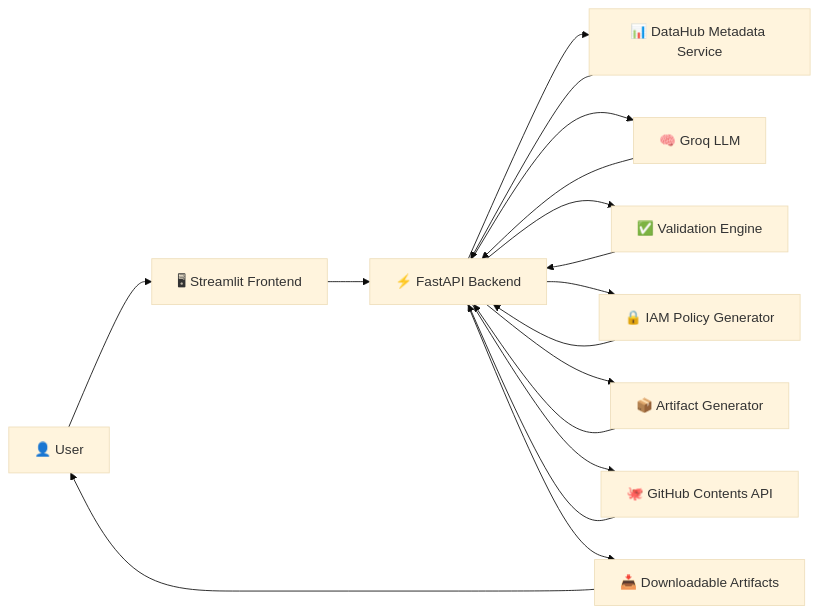
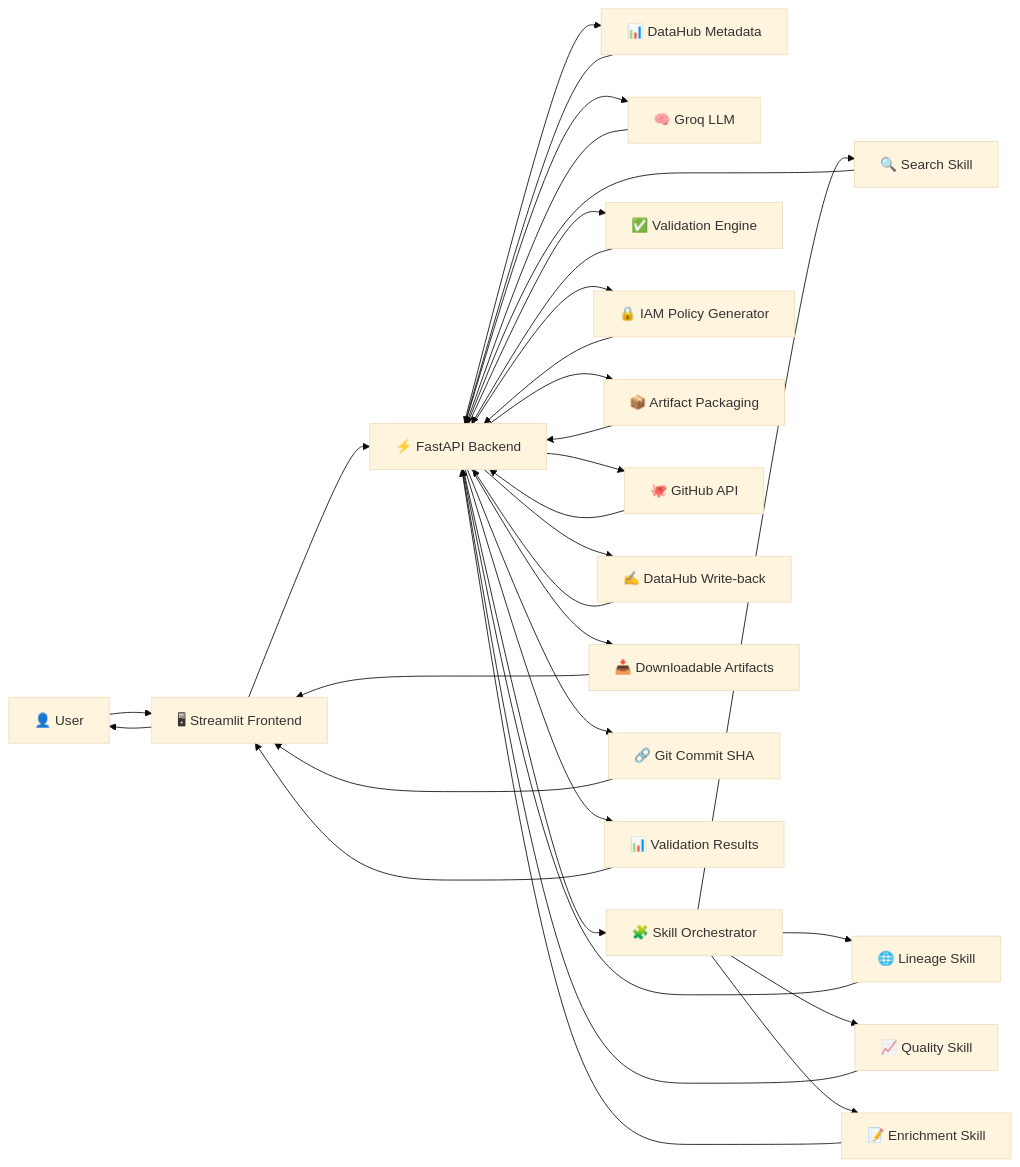
Before and after one commit to pmman-sudo/AI-Data-Pipeline-Generator: the first of 2 diagrams in README.md, drawn with Mermaid (base theme). The commit also changed other lines of this file and 2 other files, not shown here.

Commit message:
Enhance README with Skill Orchestrator architecture and workflow

````diff
--- a/README.md
+++ b/README.md
@@ -153,25 +180,43 @@
 ```mermaid
 flowchart LR
 
 A["👤 User"] --> B["🖥 Streamlit Frontend"]
 
 B --> C["⚡ FastAPI Backend"]
 
-C --> D["📊 DataHub Metadata Service"]
+C --> D["📊 DataHub Metadata"]
 C --> E["🧠 Groq LLM"]
-C --> F["✅ Validation Engine"]
-C --> G["🔒 IAM Policy Generator"]
-C --> H["📦 Artifact Generator"]
-C --> I["🐙 GitHub Contents API"]
+C --> F["🧩 Skill Orchestrator"]
+F --> G["🔍 Search Skill"]
+F --> H["🌐 Lineage Skill"]
+F --> I["📈 Quality Skill"]
+F --> J["📝 Enrichment Skill"]
+
+C --> K["✅ Validation Engine"]
+C --> L["🔒 IAM Policy Generator"]
+C --> M["📦 Artifact Packaging"]
+C --> N["🐙 GitHub API"]
+C --> O["✍️ DataHub Write-back"]
 
 D --> C
 E --> C
-F --> C
 G --> C
 H --> C
 I --> C
+J --> C
+K --> C
+L --> C
+M --> C
+N --> C
+O --> C
 
-C --> J["📥 Downloadable Artifacts"]
+C --> P["📥 Downloadable Artifacts"]
+C --> Q["🔗 Git Commit SHA"]
+C --> R["📊 Validation Results"]
 
-J --> A
+P --> B
+Q --> B
+R --> B
+
+B --> A
 ```
````
